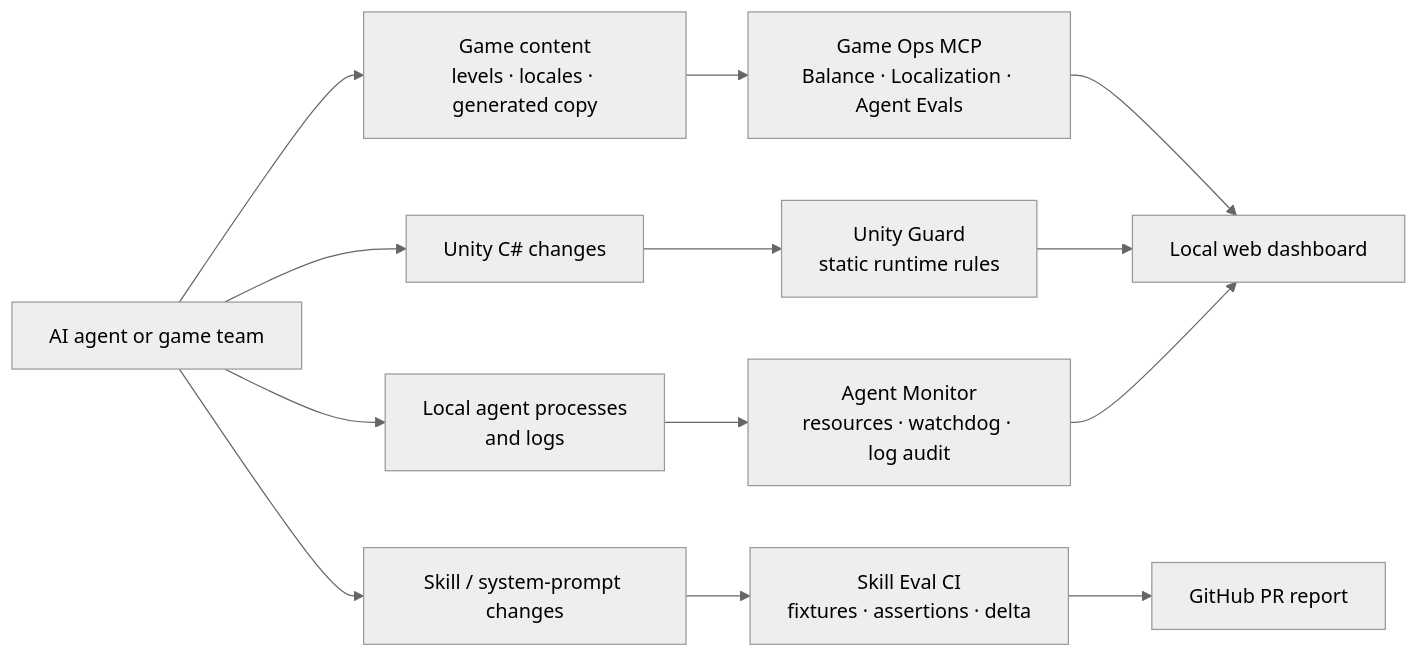
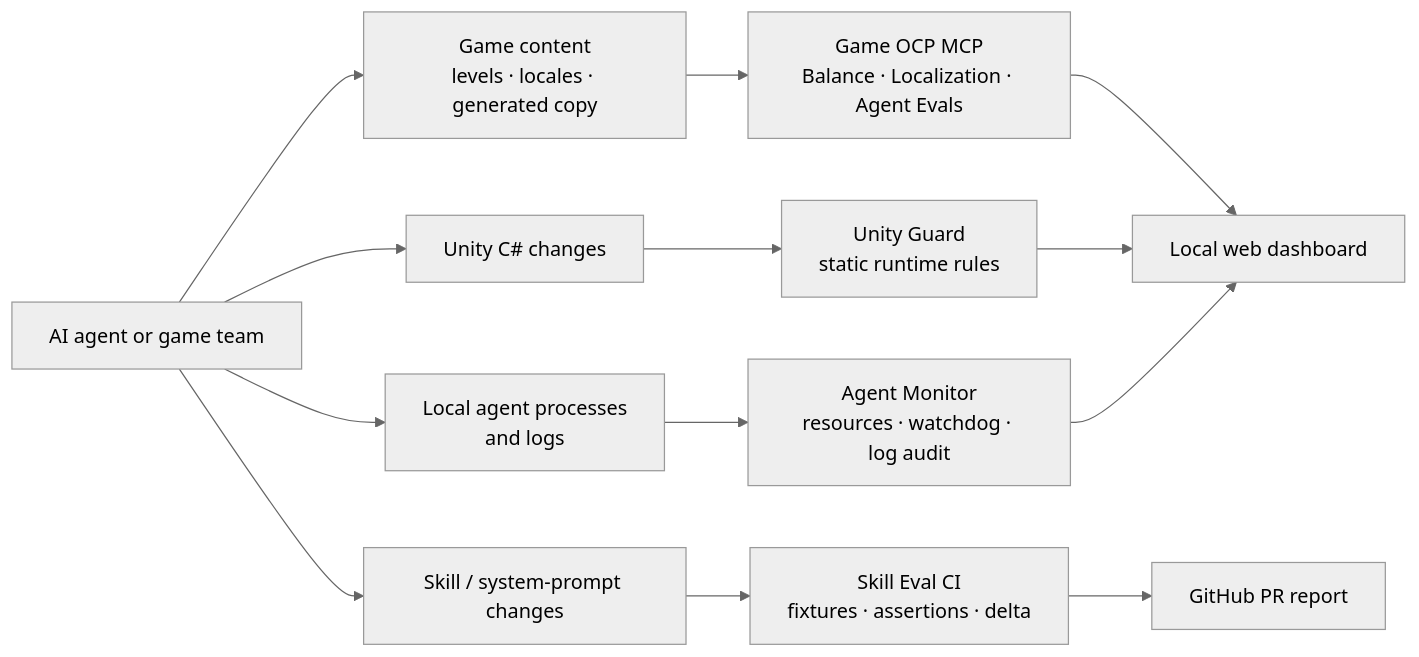
One commit to imozkandev/game-ocp-mcp changed the diagram in README.md. Above: the diagram before and after it, drawn with Mermaid (neutral theme). The commit also changed other lines of this file, not shown here.

````diff
--- a/README.md
+++ b/README.md
@@ -33,17 +33,17 @@
 ```mermaid
 flowchart LR
   agent[AI agent or game team] --> content[Game content\nlevels · locales · generated copy]
   agent --> unity[Unity C# changes]
   agent --> processes[Local agent processes\nand logs]
   agent --> prompts[Skill / system-prompt changes]
 
-  content --> mcp[Game Ops MCP\nBalance · Localization · Agent Evals]
+  content --> mcp[Game OCP MCP\nBalance · Localization · Agent Evals]
   unity --> guard[Unity Guard\nstatic runtime rules]
   processes --> monitor[Agent Monitor\nresources · watchdog · log audit]
   prompts --> evals[Skill Eval CI\nfixtures · assertions · delta]
 
   mcp --> dashboard[Local web dashboard]
   guard --> dashboard
   monitor --> dashboard
   evals --> github[GitHub PR report]
 ```
````
